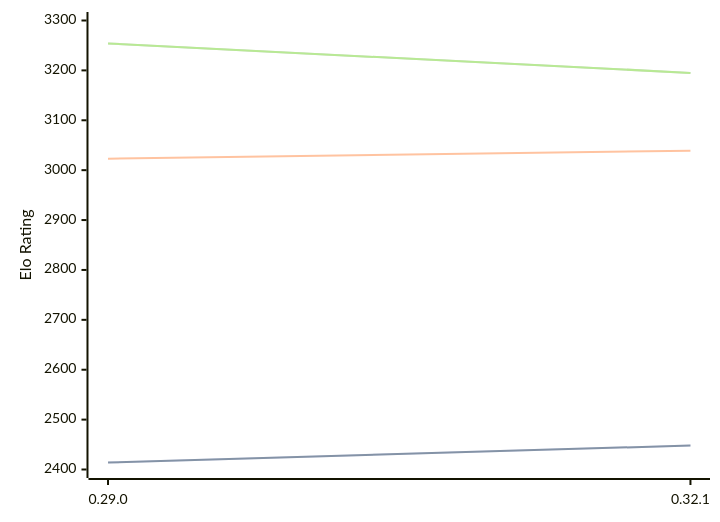
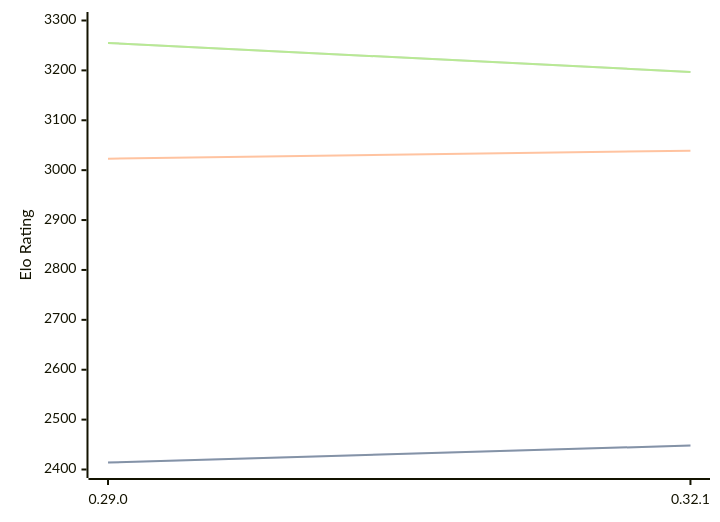
One commit to computer-chess-index/cci changed the diagram in engines/Lc0.md. Above: the diagram before and after it, drawn with Mermaid. The commit also changed other lines of this file, not shown here.

Commit message:
Update CCI Ratings (ELO VLTC) - 2026-03-21

````diff
--- a/engines/Lc0.md
+++ b/engines/Lc0.md
@@ -68,11 +68,11 @@
 ```mermaid
 %%{init: {"theme":"base","themeVariables":{"seriesColors:['#a3a3a3','#222221','#faa371']}}}%%
 xychart-beta
   x-axis ["0.29.0", "0.32.1"]
   y-axis "Elo Rating" 2400 --> 3300
   line "STC (8.0+0.08s)" [2414, 2448]
   line "STC (8.0+0.08s)" [2414, 2448]
   line "LTC (60.0+0.60s)" [3023, 3039]
-  line "VLTC (2m24s+1.12s)" [3254, 3195]
-  line "VLTC (2m24s+1.12s)" [3254, 3195]
+  line "VLTC (2m24s+1.12s)" [3255, 3197]
+  line "VLTC (2m24s+1.12s)" [3255, 3197]
 ```
````
